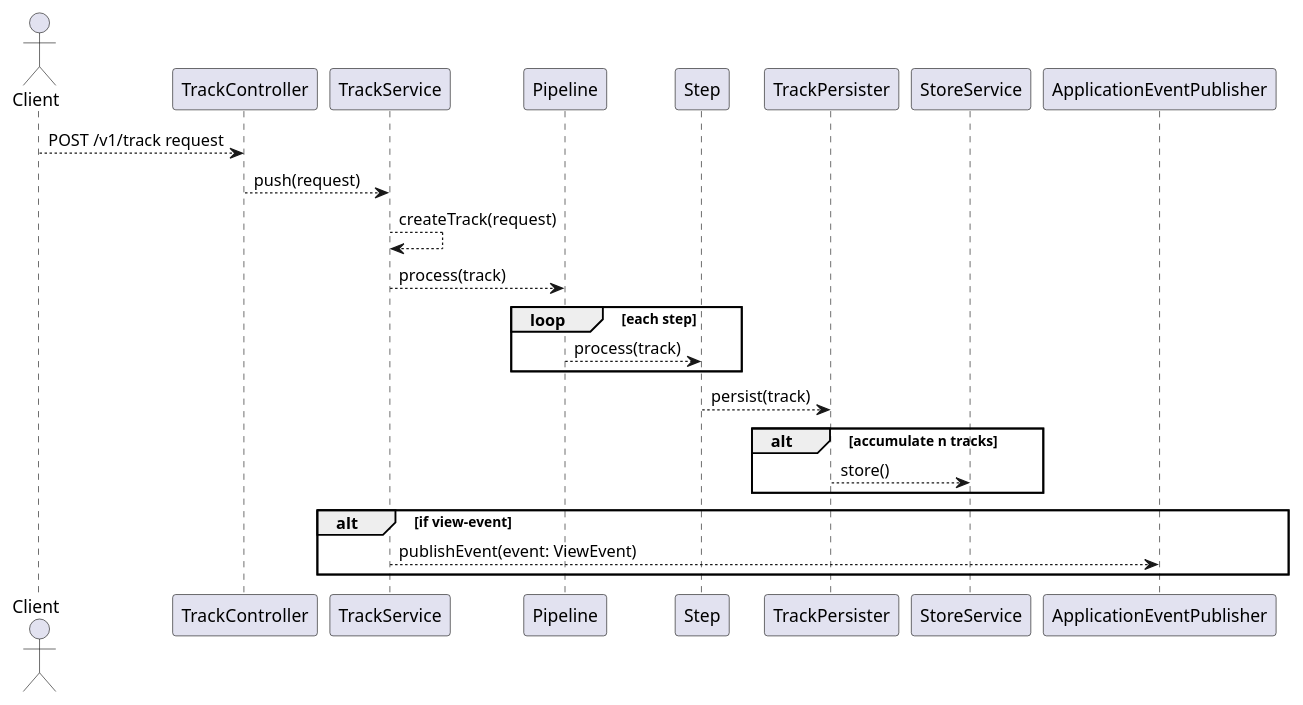
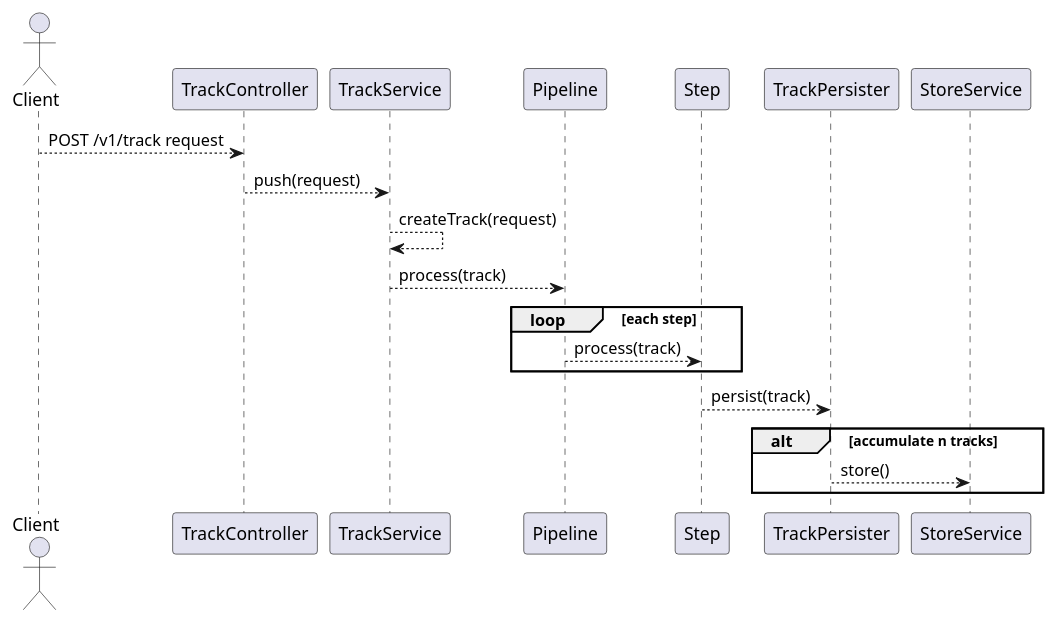
One commit to wutsi/wutsi.github.io changed the diagram in architecture/wutsi-blog-service/user-tracking.md. Above: the diagram before and after it, drawn with PlantUML. The commit also changed other lines of this file, not shown here.

````diff
--- a/architecture/wutsi-blog-service/user-tracking.md
+++ b/architecture/wutsi-blog-service/user-tracking.md
@@ -8,26 +8,22 @@
 ```plantuml
 @startuml
 
 Actor Client
 
 Client --> TrackController: POST /v1/track request
 TrackController --> TrackService: push(request)
 TrackService --> TrackService: createTrack(request)
 TrackService --> Pipeline: process(track)
 
 loop each step
   Pipeline --> Step: process(track)
 end loop
 
 Step --> TrackPersister: persist(track)
 
 alt accumulate n tracks
   TrackPersister --> StoreService: store()
 end alt
 
-alt if view-event
-  TrackService --> ApplicationEventPublisher: publishEvent(event: ViewEvent)
-end alt
-
 @enduml
 ```
````
